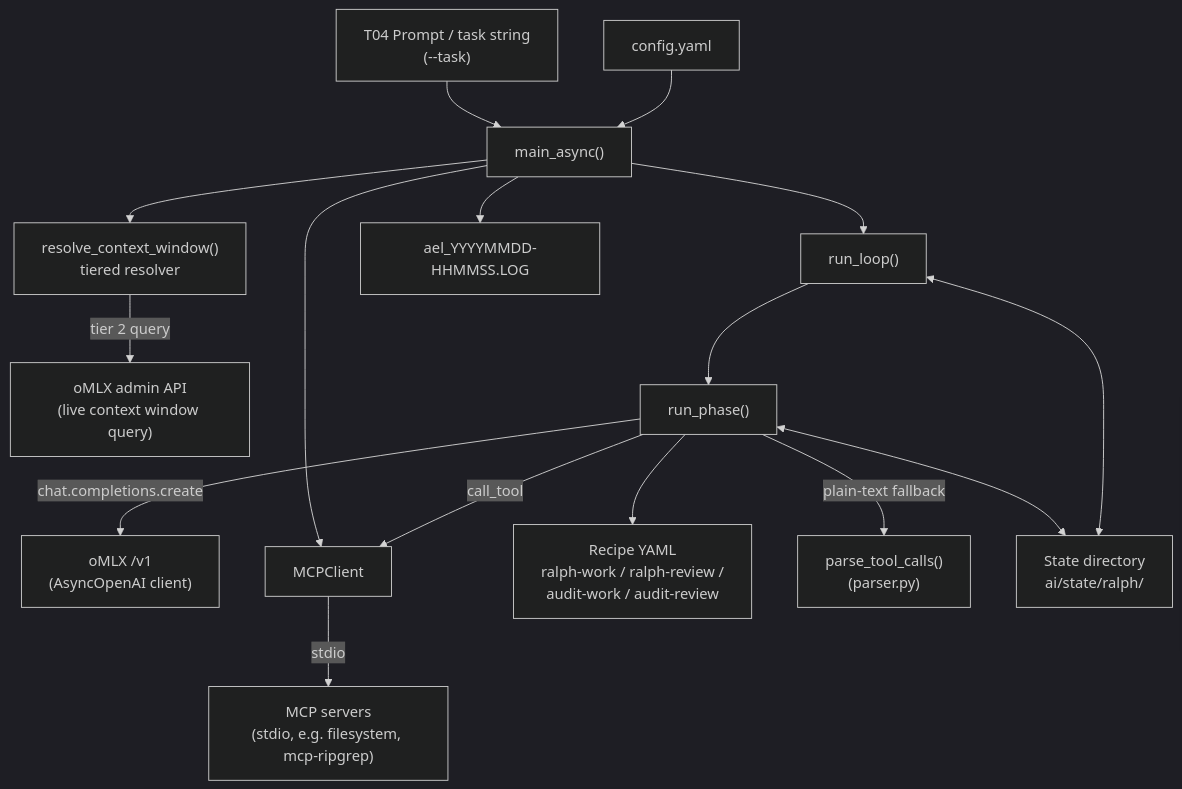
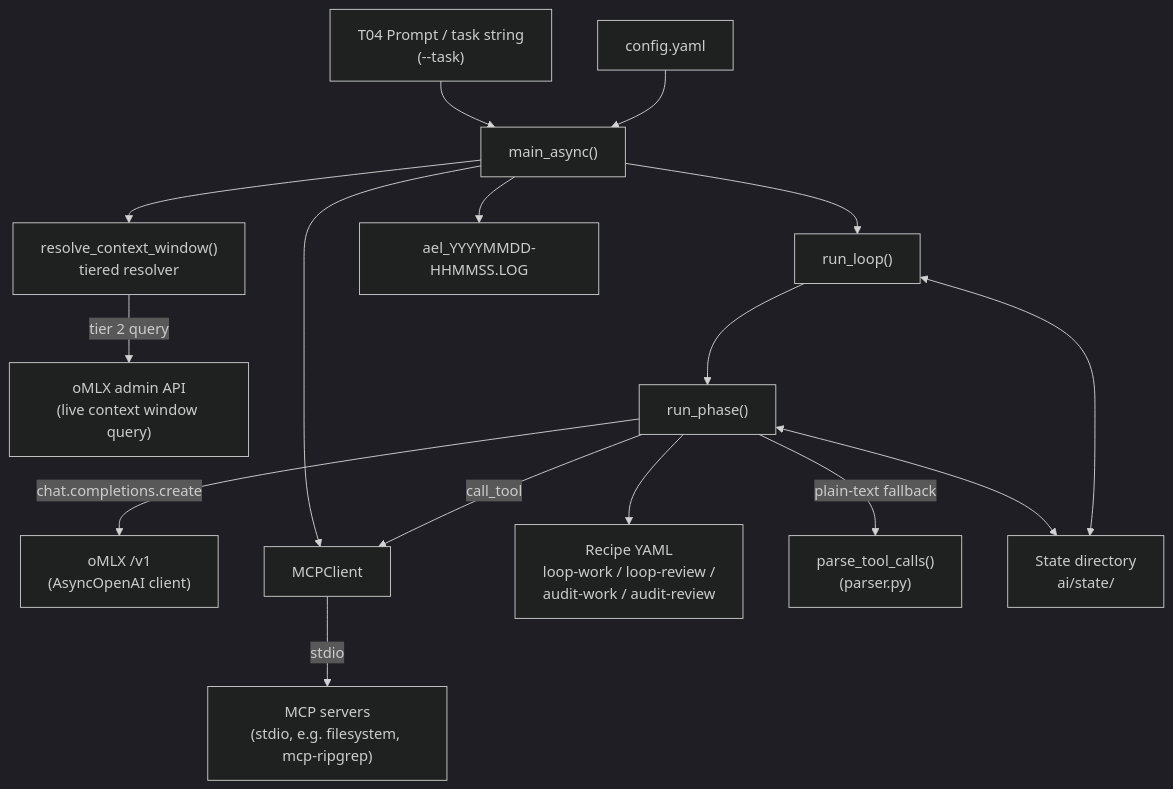
One commit to William12556/AI-Governance-and-Orchestration changed the first of 2 diagrams in dev/design/design-ael-orchestrator.md. Above: the diagram before and after it, drawn with Mermaid (dark theme). The commit also changed other lines of this file and 89 other files, not shown here.

````diff
--- a/dev/design/design-ael-orchestrator.md
+++ b/dev/design/design-ael-orchestrator.md
@@ -88,33 +88,33 @@
 ```mermaid
 graph TD
     T04["T04 Prompt / task string<br/>(--task)"]
     CFG["config.yaml"]
     MAIN["main_async()"]
     CTXR["resolve_context_window()<br/>tiered resolver"]
     OMLXADMIN["oMLX admin API<br/>(live context window query)"]
     LLM["oMLX /v1<br/>(AsyncOpenAI client)"]
     MCPC["MCPClient"]
     MCPS["MCP servers<br/>(stdio, e.g. filesystem, mcp-ripgrep)"]
-    RECIPE["Recipe YAML<br/>ralph-work / ralph-review /<br/>audit-work / audit-review"]
+    RECIPE["Recipe YAML<br/>loop-work / loop-review /<br/>audit-work / audit-review"]
     RUNLOOP["run_loop()"]
     RUNPHASE["run_phase()"]
     PARSER["parse_tool_calls()<br/>(parser.py)"]
-    STATE["State directory<br/>ai/state/ralph/"]
+    STATE["State directory<br/>ai/state/"]
     LOG["ael_YYYYMMDD-HHMMSS.LOG"]
 
     T04 --> MAIN
     CFG --> MAIN
     MAIN --> CTXR
     CTXR -->|tier 2 query| OMLXADMIN
     MAIN --> MCPC
     MCPC -->|stdio| MCPS
     MAIN --> RUNLOOP
     RUNLOOP --> RUNPHASE
     RUNPHASE --> RECIPE
     RUNPHASE -->|chat.completions.create| LLM
     RUNPHASE -->|plain-text fallback| PARSER
     RUNPHASE -->|call_tool| MCPC
     RUNPHASE <--> STATE
     RUNLOOP <--> STATE
     MAIN --> LOG
 ```
````
